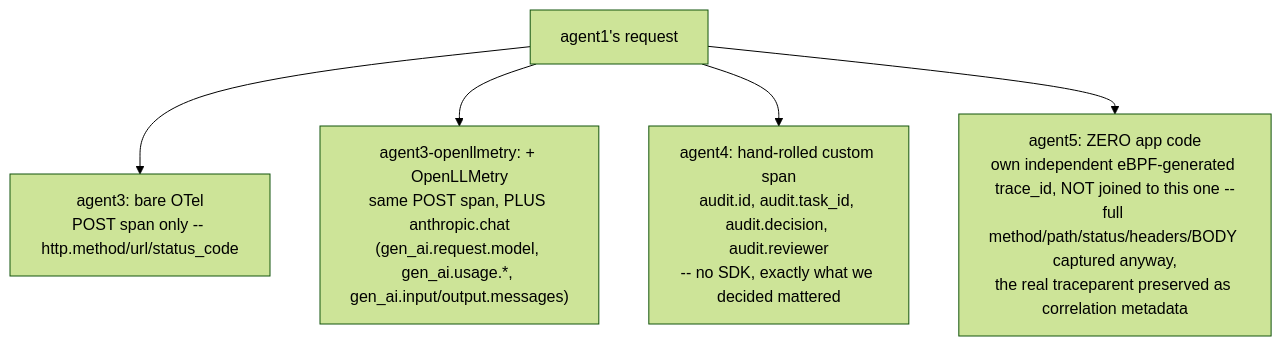
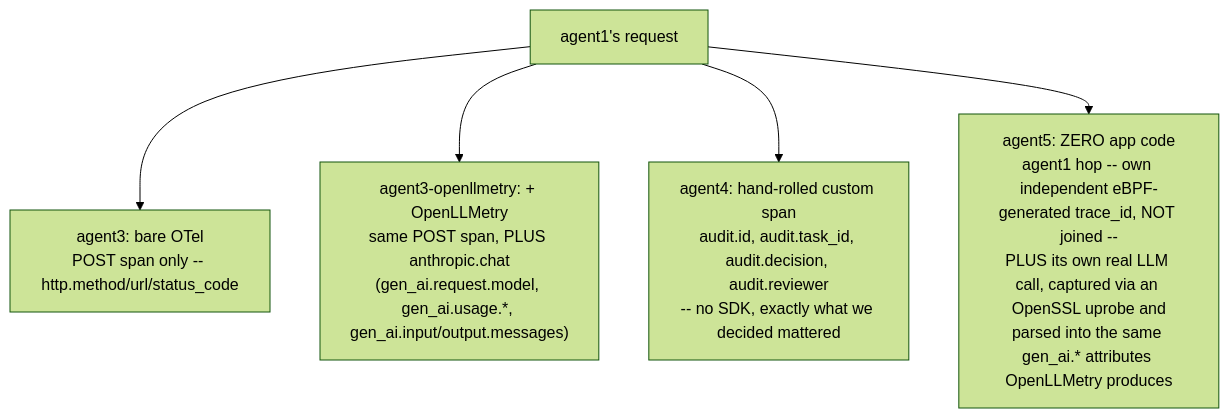
Before and after one commit to sf-matt/mcp-agent-tracing: the third of 3 diagrams in README.md, drawn with Mermaid (forest theme). The commit also changed other lines of this file and 11 other files, not shown here.

First line of the commit message:
Give agent1 a scriptable LLM planning step, agent5 a real (silently-discarded) LLM call, and fix k8s attribute enrichment on OTel spans

````diff
--- a/README.md
+++ b/README.md
@@ -127,8 +108,8 @@
 ```mermaid
 flowchart TB
     T[agent1's request]
     T --> bare["agent3: bare OTel<br/>POST span only -- http.method/url/status_code"]
     T --> oll["agent3-openllmetry: + OpenLLMetry<br/>same POST span, PLUS anthropic.chat<br/>(gen_ai.request.model, gen_ai.usage.*, gen_ai.input/output.messages)"]
     T --> custom["agent4: hand-rolled custom span<br/>audit.id, audit.task_id, audit.decision, audit.reviewer<br/>-- no SDK, exactly what we decided mattered"]
-    T --> ghost["agent5: ZERO app code<br/>own independent eBPF-generated trace_id, NOT joined to this one --<br/>full method/path/status/headers/BODY captured anyway,<br/>the real traceparent preserved as correlation metadata"]
+    T --> ghost["agent5: ZERO app code<br/>agent1 hop -- own independent eBPF-generated trace_id, NOT joined --<br/>PLUS its own real LLM call, captured via an OpenSSL uprobe and<br/>parsed into the same gen_ai.* attributes OpenLLMetry produces"]
 ```
````
